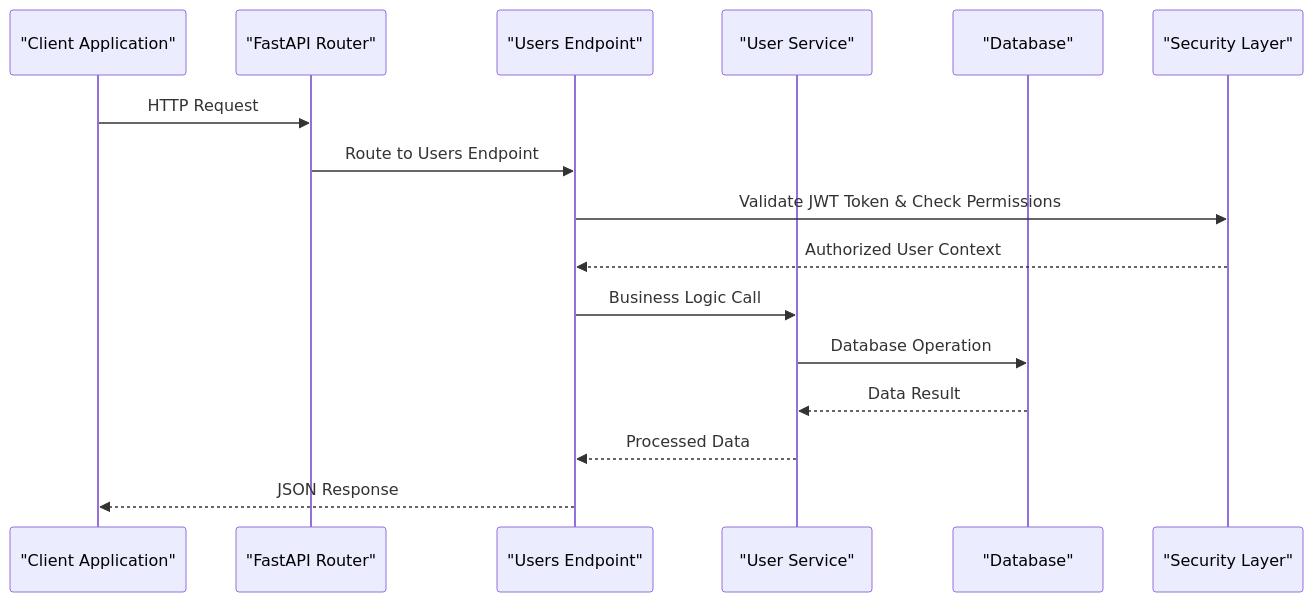
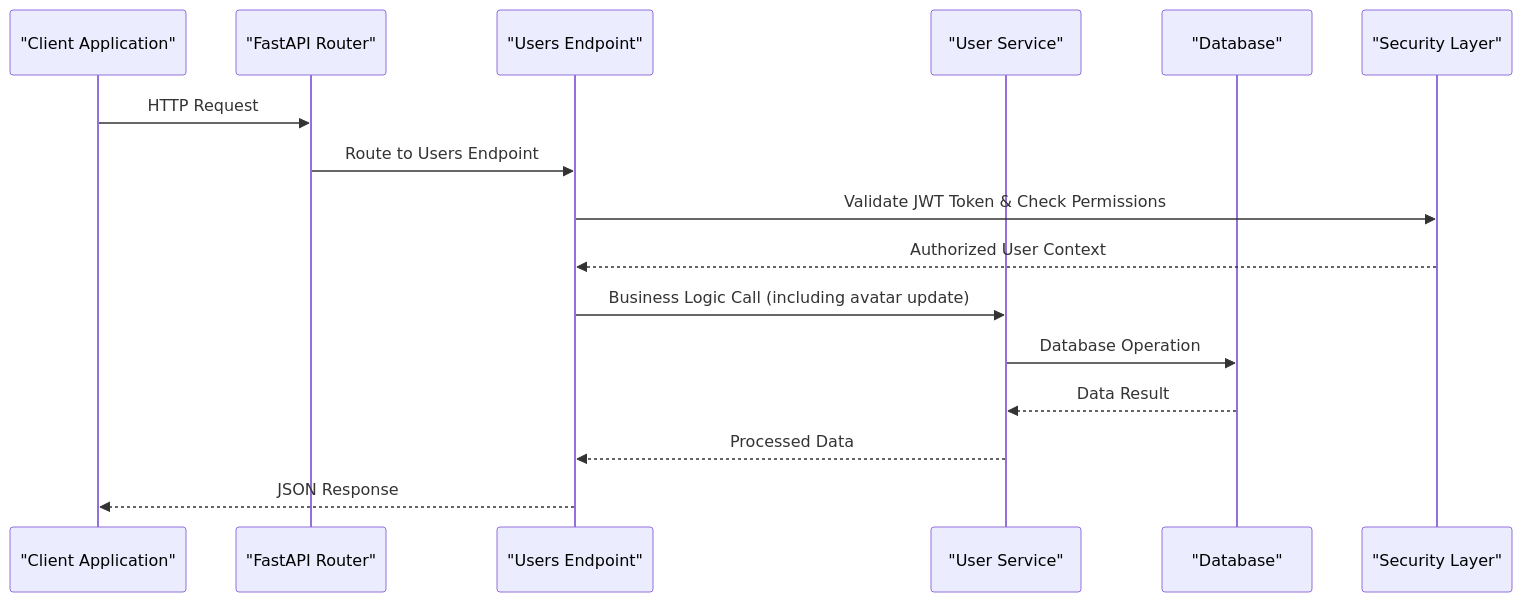
One commit to Nikita5543/New-SSO-02 changed the second of 5 diagrams in .qoder/repowiki/en/content/Core API Reference/User Management Endpoints.md. Above: the diagram before and after it, drawn with Mermaid. The commit also changed other lines of this file and 4 other files, not shown here.

````diff
--- a/.qoder/repowiki/en/content/Core API Reference/User Management Endpoints.md
+++ b/.qoder/repowiki/en/content/Core API Reference/User Management Endpoints.md
@@ -102,18 +116,18 @@
 ```mermaid
 sequenceDiagram
 participant Client as "Client Application"
 participant API as "FastAPI Router"
 participant Endpoint as "Users Endpoint"
 participant Service as "User Service"
 participant DB as "Database"
 participant Security as "Security Layer"
 Client->>API : HTTP Request
 API->>Endpoint : Route to Users Endpoint
 Endpoint->>Security : Validate JWT Token & Check Permissions
 Security-->>Endpoint : Authorized User Context
-Endpoint->>Service : Business Logic Call
+Endpoint->>Service : Business Logic Call (including avatar update)
 Service->>DB : Database Operation
 DB-->>Service : Data Result
 Service-->>Endpoint : Processed Data
 Endpoint-->>Client : JSON Response
 ```
````
